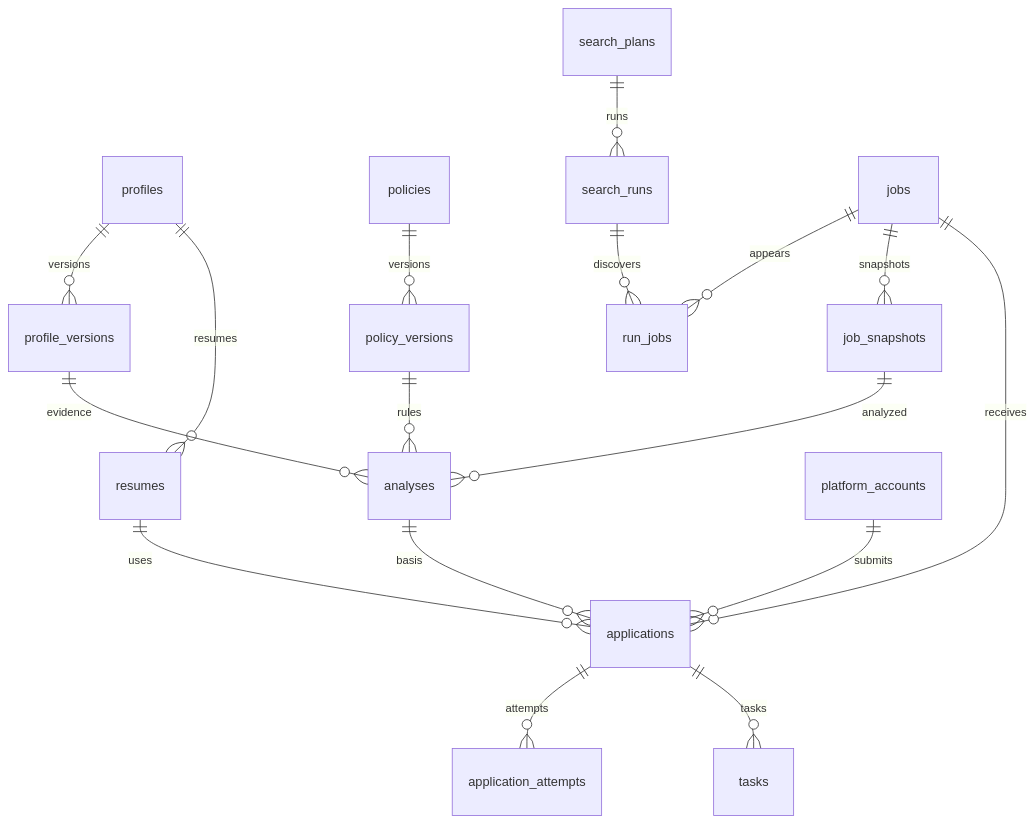
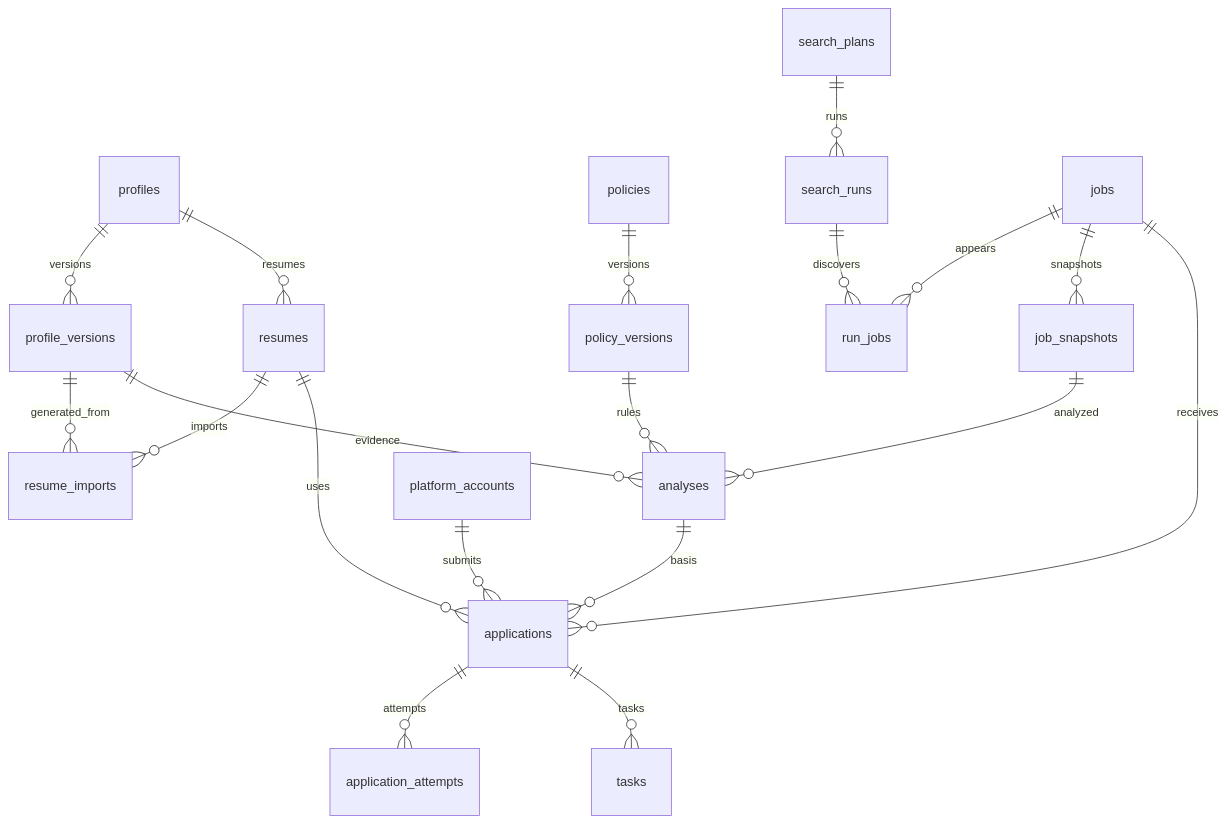
Before and after one commit to aleafyhj/ai-job-agent: the diagram in docs/04-database.md, drawn with Mermaid. The commit also changed other lines of this file and 12 other files, not shown here.

````diff
--- a/docs/04-database.md
+++ b/docs/04-database.md
@@ -42,19 +43,21 @@
 ```mermaid
 erDiagram
     profiles ||--o{ profile_versions : versions
     profiles ||--o{ resumes : resumes
+    resumes ||--o{ resume_imports : imports
+    profile_versions ||--o{ resume_imports : generated_from
     policies ||--o{ policy_versions : versions
     search_plans ||--o{ search_runs : runs
     search_runs ||--o{ run_jobs : discovers
     jobs ||--o{ run_jobs : appears
     jobs ||--o{ job_snapshots : snapshots
     job_snapshots ||--o{ analyses : analyzed
     profile_versions ||--o{ analyses : evidence
     policy_versions ||--o{ analyses : rules
     analyses ||--o{ applications : basis
     jobs ||--o{ applications : receives
     resumes ||--o{ applications : uses
     platform_accounts ||--o{ applications : submits
     applications ||--o{ application_attempts : attempts
     applications ||--o{ tasks : tasks
 ```
````
